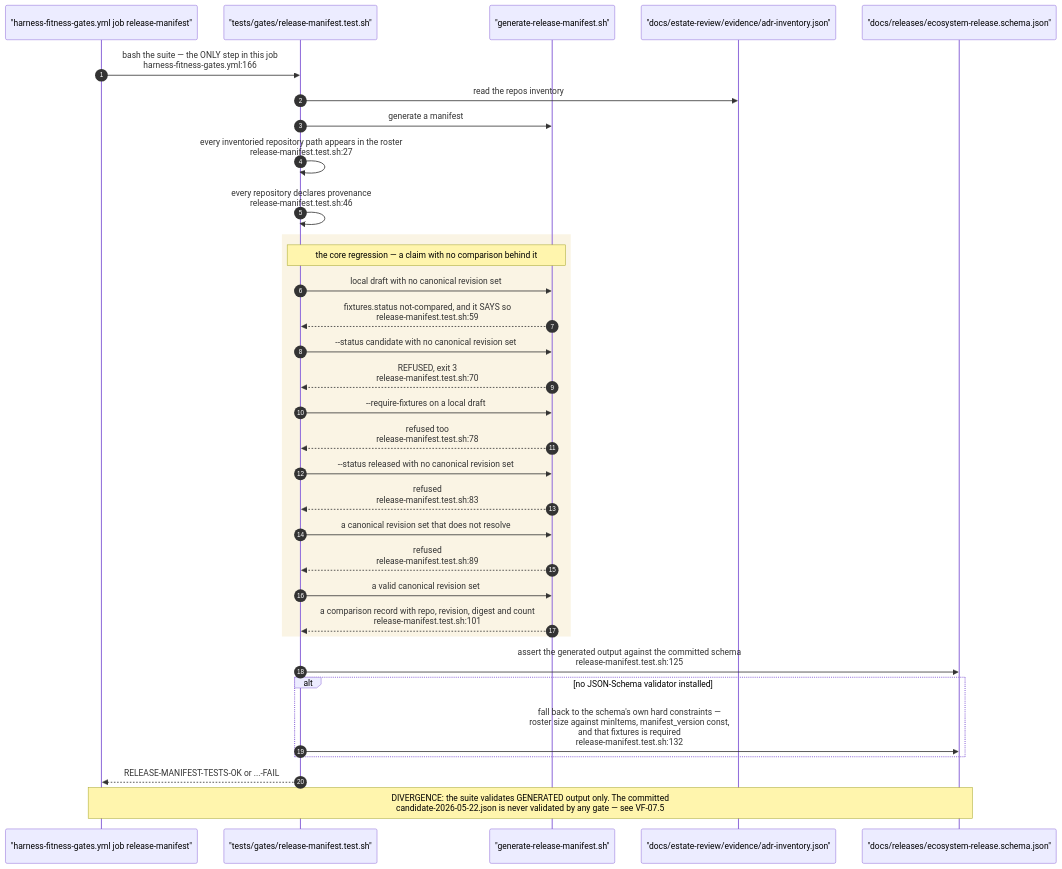
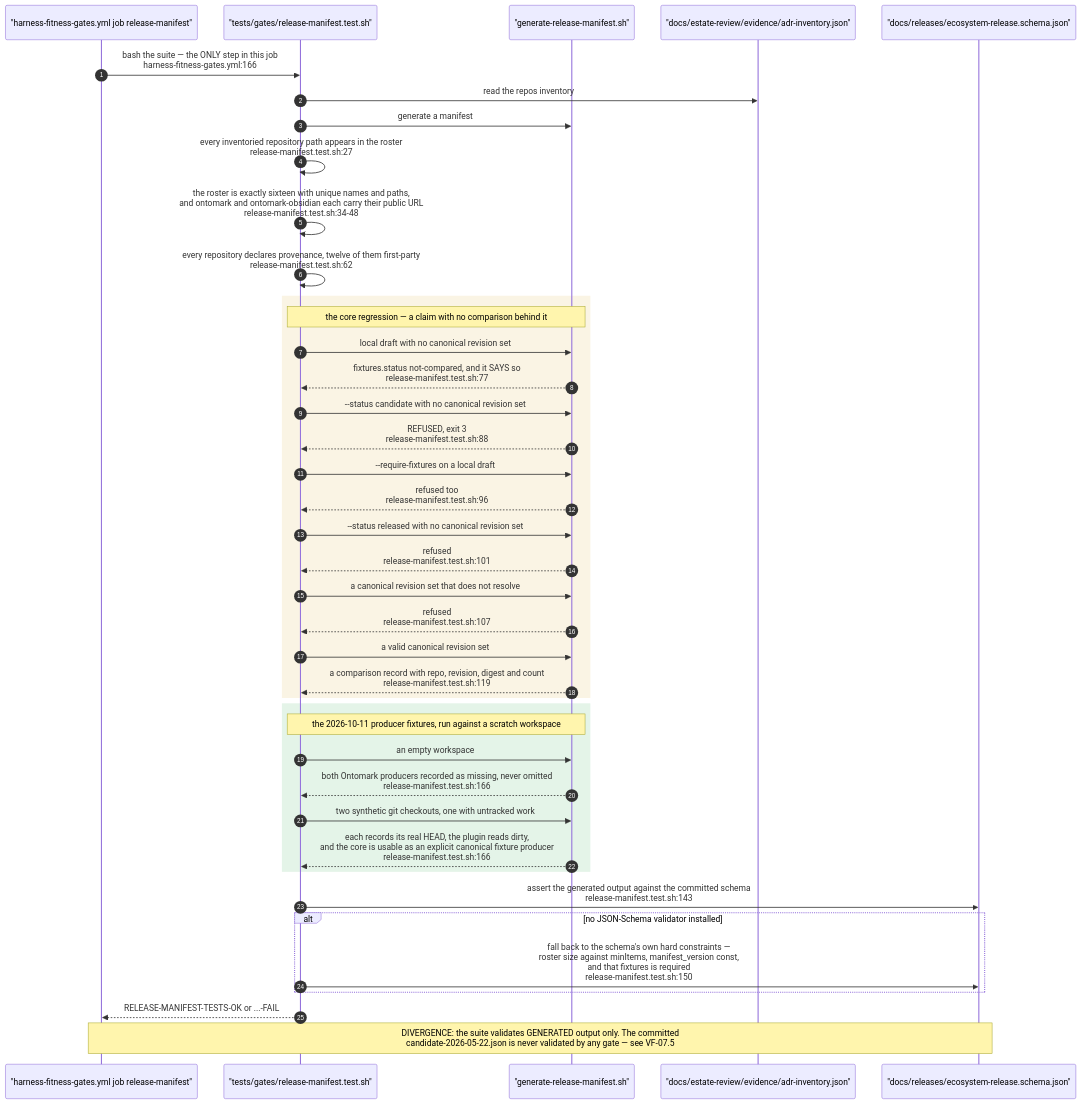
The sixth of 11 diagrams in docs/diagrams/visionflow/07-pitch-presentation-reports.md (DreamLab-AI/VisionFlow), drawn with Mermaid before and after one commit. The commit also changed other lines of this file and 80 other files, not shown here.

First line of the commit message:
docs(diagrams): re-verify the agentbox, dreamlab, estate and visionflow corpus against current sources

````diff
--- a/docs/diagrams/visionflow/07-pitch-presentation-reports.md
+++ b/docs/diagrams/visionflow/07-pitch-presentation-reports.md
@@ -249,41 +250,50 @@
 ```mermaid
 sequenceDiagram
     autonumber
     participant CI as "harness-fitness-gates.yml job release-manifest"
     participant T as "tests/gates/release-manifest.test.sh"
     participant G as "generate-release-manifest.sh"
     participant INV as "docs/estate-review/evidence/adr-inventory.json"
     participant SC as "docs/releases/ecosystem-release.schema.json"
 
     CI->>T: bash the suite — the ONLY step in this job<br/>harness-fitness-gates.yml:166
 
     T->>INV: read the repos inventory
     T->>G: generate a manifest
     T->>T: every inventoried repository path appears in the roster<br/>release-manifest.test.sh:27
-    T->>T: every repository declares provenance<br/>release-manifest.test.sh:46
+    T->>T: the roster is exactly sixteen with unique names and paths,<br/>and ontomark and ontomark-obsidian each carry their public URL<br/>release-manifest.test.sh:34-48
+    T->>T: every repository declares provenance, twelve of them first-party<br/>release-manifest.test.sh:62
 
     rect rgb(250, 244, 228)
     Note over T,G: the core regression — a claim with no comparison behind it
     T->>G: local draft with no canonical revision set
-    G-->>T: fixtures.status not-compared, and it SAYS so<br/>release-manifest.test.sh:59
+    G-->>T: fixtures.status not-compared, and it SAYS so<br/>release-manifest.test.sh:77
     T->>G: --status candidate with no canonical revision set
-    G-->>T: REFUSED, exit 3<br/>release-manifest.test.sh:70
+    G-->>T: REFUSED, exit 3<br/>release-manifest.test.sh:88
     T->>G: --require-fixtures on a local draft
-    G-->>T: refused too<br/>release-manifest.test.sh:78
+    G-->>T: refused too<br/>release-manifest.test.sh:96
     T->>G: --status released with no canonical revision set
-    G-->>T: refused<br/>release-manifest.test.sh:83
+    G-->>T: refused<br/>release-manifest.test.sh:101
     T->>G: a canonical revision set that does not resolve
-    G-->>T: refused<br/>release-manifest.test.sh:89
+    G-->>T: refused<br/>release-manifest.test.sh:107
     T->>G: a valid canonical revision set
-    G-->>T: a comparison record with repo, revision, digest and count<br/>release-manifest.test.sh:101
+    G-->>T: a comparison record with repo, revision, digest and count<br/>release-manifest.test.sh:119
     end
 
-    T->>SC: assert the generated output against the committed schema<br/>release-manifest.test.sh:125
+    rect rgb(228, 244, 232)
+    Note over T,G: the 2026-10-11 producer fixtures, run against a scratch workspace
+    T->>G: an empty workspace
+    G-->>T: both Ontomark producers recorded as missing, never omitted<br/>release-manifest.test.sh:166
+    T->>G: two synthetic git checkouts, one with untracked work
+    G-->>T: each records its real HEAD, the plugin reads dirty,<br/>and the core is usable as an explicit canonical fixture producer<br/>release-manifest.test.sh:166
+    end
+
+    T->>SC: assert the generated output against the committed schema<br/>release-manifest.test.sh:143
     alt no JSON-Schema validator installed
-        T->>SC: fall back to the schema's own hard constraints —<br/>roster size against minItems, manifest_version const,<br/>and that fixtures is required<br/>release-manifest.test.sh:132
+        T->>SC: fall back to the schema's own hard constraints —<br/>roster size against minItems, manifest_version const,<br/>and that fixtures is required<br/>release-manifest.test.sh:150
     end
 
     T-->>CI: RELEASE-MANIFEST-TESTS-OK or ...-FAIL
 
     Note over CI,SC: DIVERGENCE: the suite validates GENERATED output only. The committed<br/>candidate-2026-05-22.json is never validated by any gate — see VF-07.5
 ```
````
